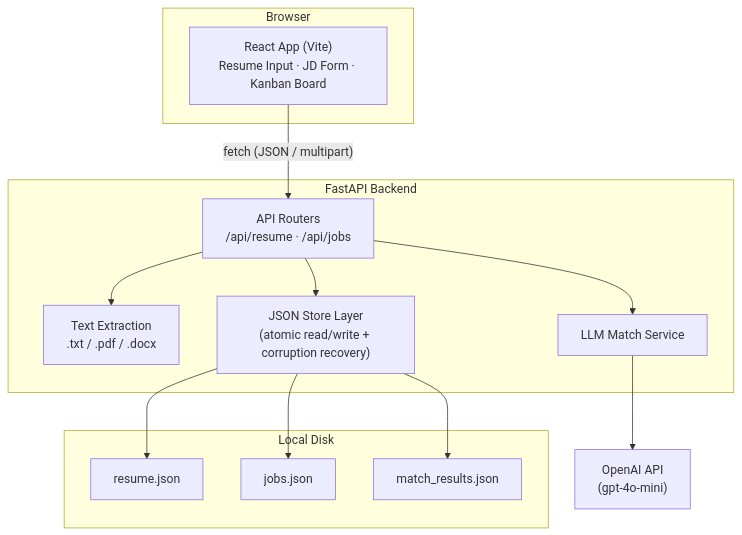
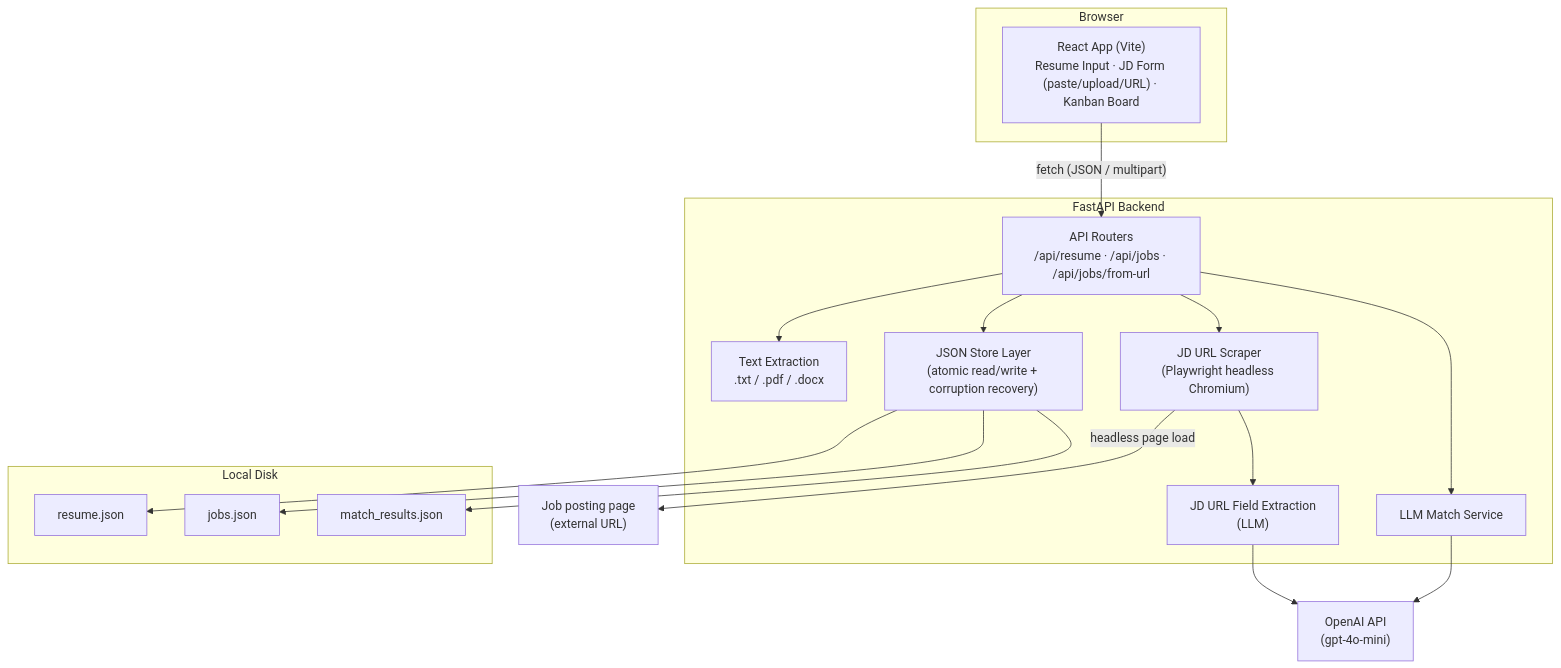
One commit to evasun8/resume-job-match-tracker changed the first of 3 diagrams in README.md. Above: the diagram before and after it, drawn with Mermaid. The commit also changed other lines of this file and 20 other files, not shown here.

First line of the commit message:
Add JD auto-fill from URL and Playwright E2E test suite

````diff
--- a/README.md
+++ b/README.md
@@ -9,30 +9,37 @@
 ```mermaid
 graph TD
     subgraph Client["Browser"]
-        UI["React App (Vite)<br/>Resume Input · JD Form · Kanban Board"]
+        UI["React App (Vite)<br/>Resume Input · JD Form (paste/upload/URL) · Kanban Board"]
     end
 
     subgraph Server["FastAPI Backend"]
-        API["API Routers<br/>/api/resume · /api/jobs"]
+        API["API Routers<br/>/api/resume · /api/jobs · /api/jobs/from-url"]
         Extract["Text Extraction<br/>.txt / .pdf / .docx"]
+        Scraper["JD URL Scraper<br/>(Playwright headless Chromium)"]
+        UrlExtract["JD URL Field Extraction<br/>(LLM)"]
         Match["LLM Match Service"]
         Store["JSON Store Layer<br/>(atomic read/write + corruption recovery)"]
     end
 
     subgraph Disk["Local Disk"]
         R["resume.json"]
         J["jobs.json"]
         M["match_results.json"]
     end
 
     LLM["OpenAI API<br/>(gpt-4o-mini)"]
+    Web["Job posting page<br/>(external URL)"]
 
     UI -- "fetch (JSON / multipart)" --> API
     API --> Extract
     API --> Store
     API --> Match
+    API --> Scraper
+    Scraper -- "headless page load" --> Web
+    Scraper --> UrlExtract
+    UrlExtract --> LLM
     Match --> LLM
     Store --> R
     Store --> J
     Store --> M
 ```
````
